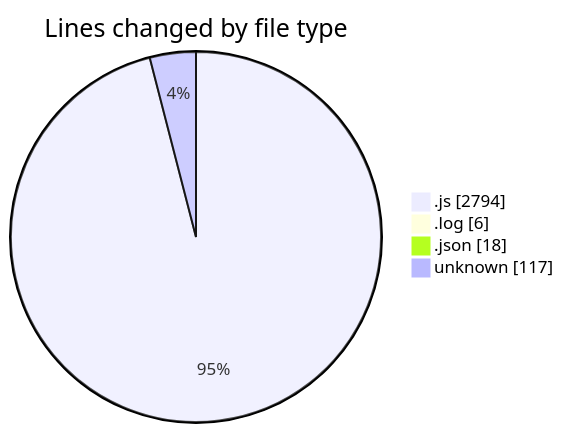
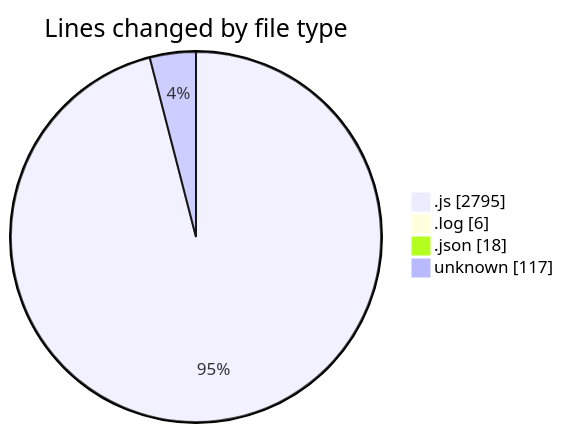
The first of 2 diagrams in 2025-03-31/jsvms/README.md (BS-eng2023/code-tracking), drawn with Mermaid before and after one commit. The commit also changed other lines of this file and 1 other file, not shown here.

````diff
--- a/2025-03-31/jsvms/README.md
+++ b/2025-03-31/jsvms/README.md
@@ -50,8 +50,8 @@
 ```mermaid
 pie showData
 title Lines changed by file type
-".js" : 2794
+".js" : 2795
 ".log" : 6
 ".json" : 18
 "unknown" : 117
 ```
````
